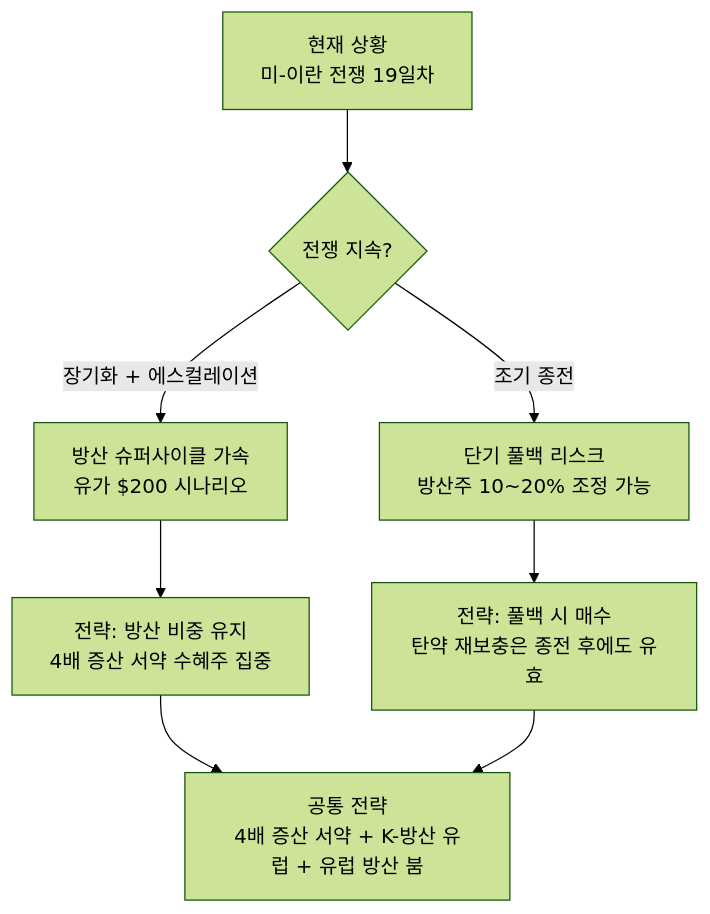
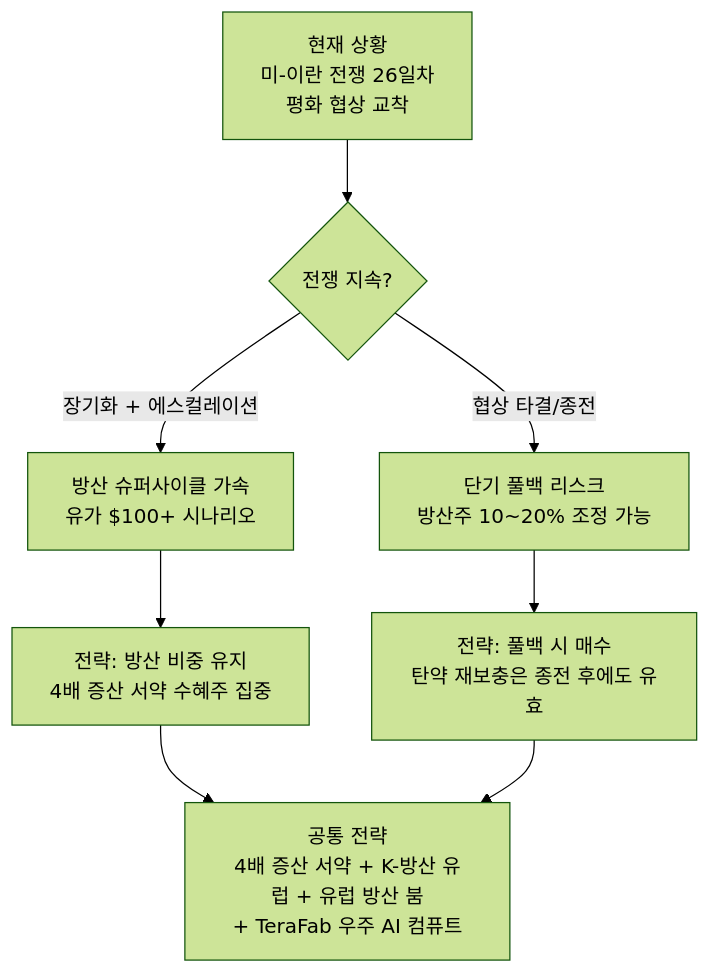
Before and after one commit to dss99911/dss99911.github.io: the seventh of 7 diagrams in _posts/knowledge/invest/2026-03-07-defense-space-sector-outlook-2026.md, drawn with Mermaid (forest theme). The commit also changed other lines of this file and 2 other files, not shown here.

````diff
--- a/_posts/knowledge/invest/2026-03-07-defense-space-sector-outlook-2026.md
+++ b/_posts/knowledge/invest/2026-03-07-defense-space-sector-outlook-2026.md
@@ -366,13 +400,13 @@
 ```mermaid
 graph TD
-    A["현재 상황<br/>미-이란 전쟁 19일차"] --> B{"전쟁 지속?"}
+    A["현재 상황<br/>미-이란 전쟁 26일차<br/>평화 협상 교착"] --> B{"전쟁 지속?"}
 
-    B -->|"장기화 + 에스컬레이션"| C["방산 슈퍼사이클 가속<br/>유가 $200 시나리오"]
-    B -->|"조기 종전"| D["단기 풀백 리스크<br/>방산주 10~20% 조정 가능"]
+    B -->|"장기화 + 에스컬레이션"| C["방산 슈퍼사이클 가속<br/>유가 $100+ 시나리오"]
+    B -->|"협상 타결/종전"| D["단기 풀백 리스크<br/>방산주 10~20% 조정 가능"]
 
     C --> E["전략&colon; 방산 비중 유지<br/>4배 증산 서약 수혜주 집중"]
     D --> F["전략&colon; 풀백 시 매수<br/>탄약 재보충은 종전 후에도 유효"]
 
-    E --> G["공통 전략<br/>4배 증산 서약 + K-방산 유럽 + 유럽 방산 붐"]
+    E --> G["공통 전략<br/>4배 증산 서약 + K-방산 유럽 + 유럽 방산 붐<br/>+ TeraFab 우주 AI 컴퓨트"]
     F --> G
 ```
````
